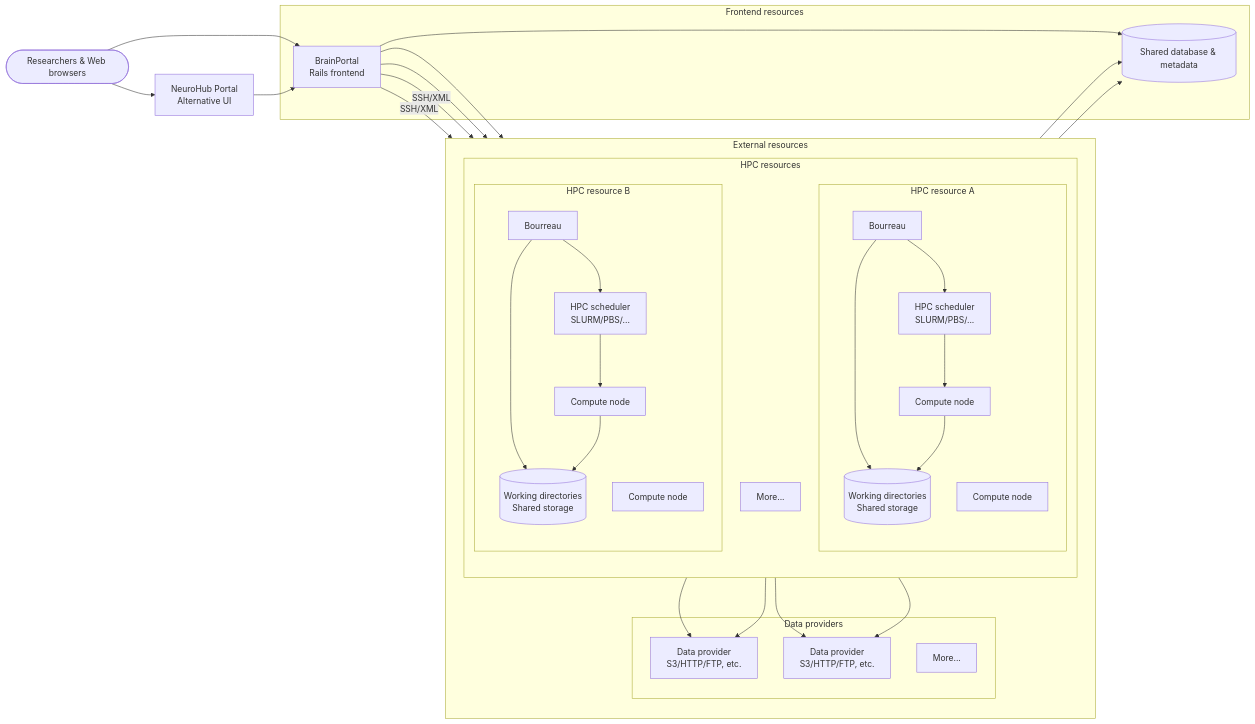
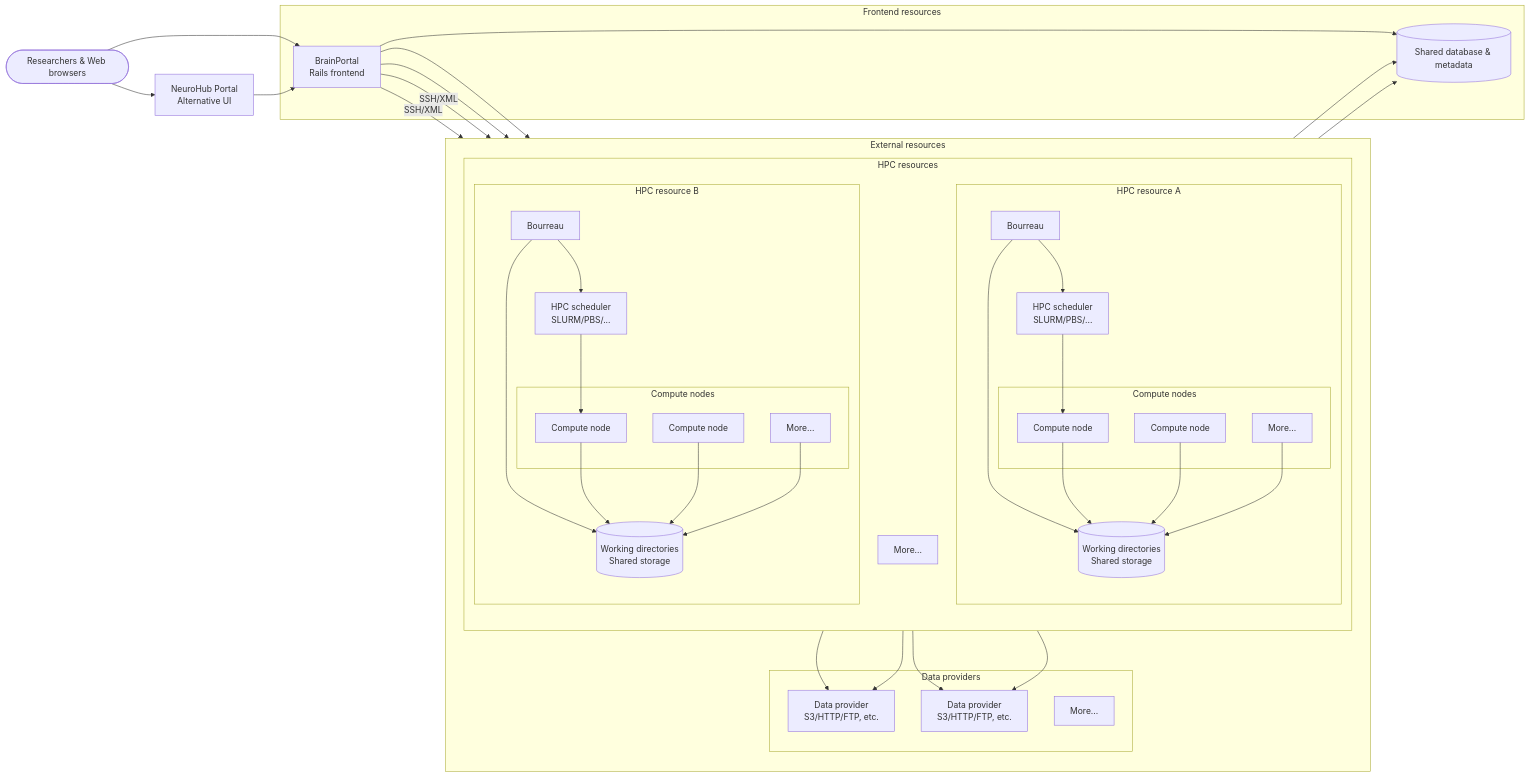
One commit to aces/cbrain changed the diagram in README.md. Above: the diagram before and after it, drawn with Mermaid.

Commit message:
Group compute nodes under subgraphs

````diff
--- a/README.md
+++ b/README.md
@@ -25,56 +25,66 @@
 ```mermaid
 flowchart LR
   Users([Researchers & Web browsers])
   NH[NeuroHub Portal<br/>Alternative UI]
   subgraph Frontend[Frontend resources]
     BP[BrainPortal<br/>Rails frontend]
     DB[(Shared database & metadata)]
   end
   subgraph ExternalResources[External resources]
     direction TB
     subgraph DataProviders[Data providers]
       DP1[Data provider<br/>S3/HTTP/FTP, etc.]
       DP2[Data provider<br/>S3/HTTP/FTP, etc.]
       DP3[More...]
     end
     subgraph HPCResources[HPC resources]
       direction TB
       subgraph ResourceA[HPC resource A]
         BO1[Bourreau]
         Sched1[HPC scheduler<br/>SLURM/PBS/...]
+      subgraph ComputePoolA[Compute nodes]
         Compute1[Compute node]
         Compute2[Compute node]
-        Scratch1[(Working directories<br/>Shared storage)]
+        ComputeMoreA[More...]
+      end
+      Scratch1[(Working directories<br/>Shared storage)]
       end
       subgraph ResourceB[HPC resource B]
         BO2[Bourreau]
         Sched2[HPC scheduler<br/>SLURM/PBS/...]
+      subgraph ComputePoolB[Compute nodes]
         Compute3[Compute node]
         Compute4[Compute node]
-        Scratch2[(Working directories<br/>Shared storage)]
+        ComputeMoreB[More...]
+      end
+      Scratch2[(Working directories<br/>Shared storage)]
       end
       ResourceMore[More...]
     end
   end
 
   Users --> BP
   Users --> NH
   NH --> BP
   BP --> DB
   BP --> DP1
   BP --> DP2
   BP -->|SSH/XML| BO1
   BP -->|SSH/XML| BO2
   BO1 --> DP1
   BO1 --> DP2
   BO2 --> DP1
   BO2 --> DP2
   BO1 --> DB
   BO2 --> DB
   BO1 --> Sched1 --> Compute1
   BO2 --> Sched2 --> Compute3
   BO1 --> Scratch1
   BO2 --> Scratch2
   Compute1 --> Scratch1
+  Compute2 --> Scratch1
+  ComputeMoreA --> Scratch1
   Compute3 --> Scratch2
+  Compute4 --> Scratch2
+  ComputeMoreB --> Scratch2
 ```
````
